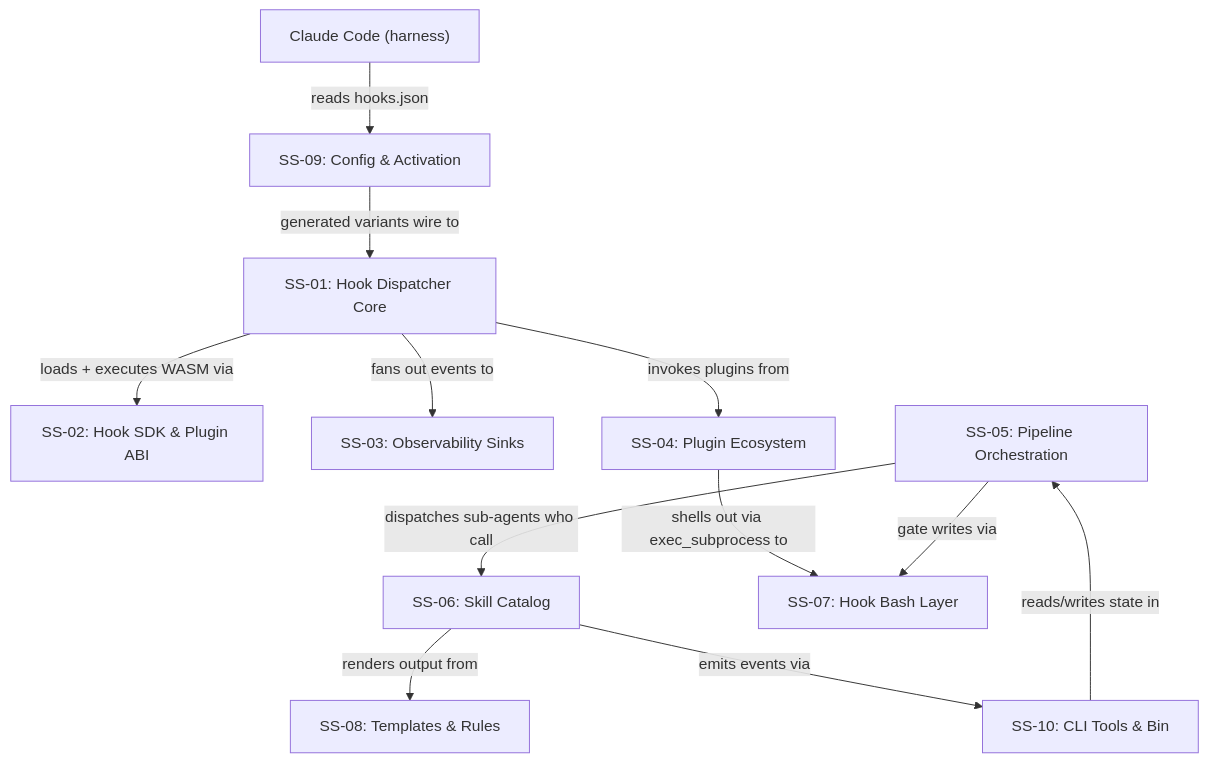
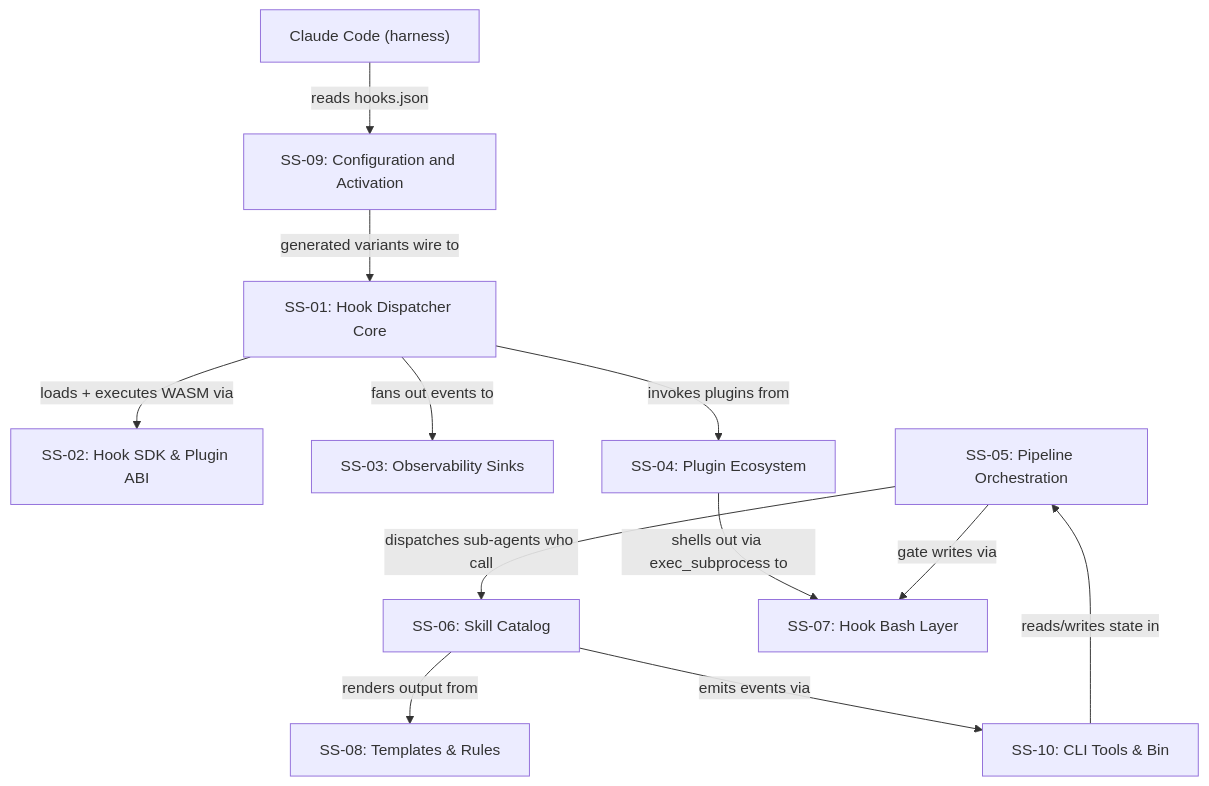
Before and after one commit to drbothen/vsdd-factory: the diagram in specs/architecture/ARCH-INDEX.md, drawn with Mermaid. The commit also changed other lines of this file and 4 other files, not shown here.

````diff
--- a/specs/architecture/ARCH-INDEX.md
+++ b/specs/architecture/ARCH-INDEX.md
@@ -103,26 +103,26 @@
 ```mermaid
 graph TD
     CC["Claude Code (harness)"]
-    SS09["SS-09: Config & Activation"]
+    SS09["SS-09: Configuration and Activation"]
     SS01["SS-01: Hook Dispatcher Core"]
     SS02["SS-02: Hook SDK & Plugin ABI"]
     SS03["SS-03: Observability Sinks"]
     SS04["SS-04: Plugin Ecosystem"]
     SS05["SS-05: Pipeline Orchestration"]
     SS06["SS-06: Skill Catalog"]
     SS07["SS-07: Hook Bash Layer"]
     SS08["SS-08: Templates & Rules"]
     SS10["SS-10: CLI Tools & Bin"]
 
     CC -->|"reads hooks.json"| SS09
     SS09 -->|"generated variants wire to"| SS01
     SS01 -->|"loads + executes WASM via"| SS02
     SS01 -->|"fans out events to"| SS03
     SS01 -->|"invokes plugins from"| SS04
     SS04 -->|"shells out via exec_subprocess to"| SS07
     SS05 -->|"dispatches sub-agents who call"| SS06
     SS05 -->|"gate writes via"| SS07
     SS06 -->|"renders output from"| SS08
     SS06 -->|"emits events via"| SS10
     SS10 -->|"reads/writes state in"| SS05
 ```
````
